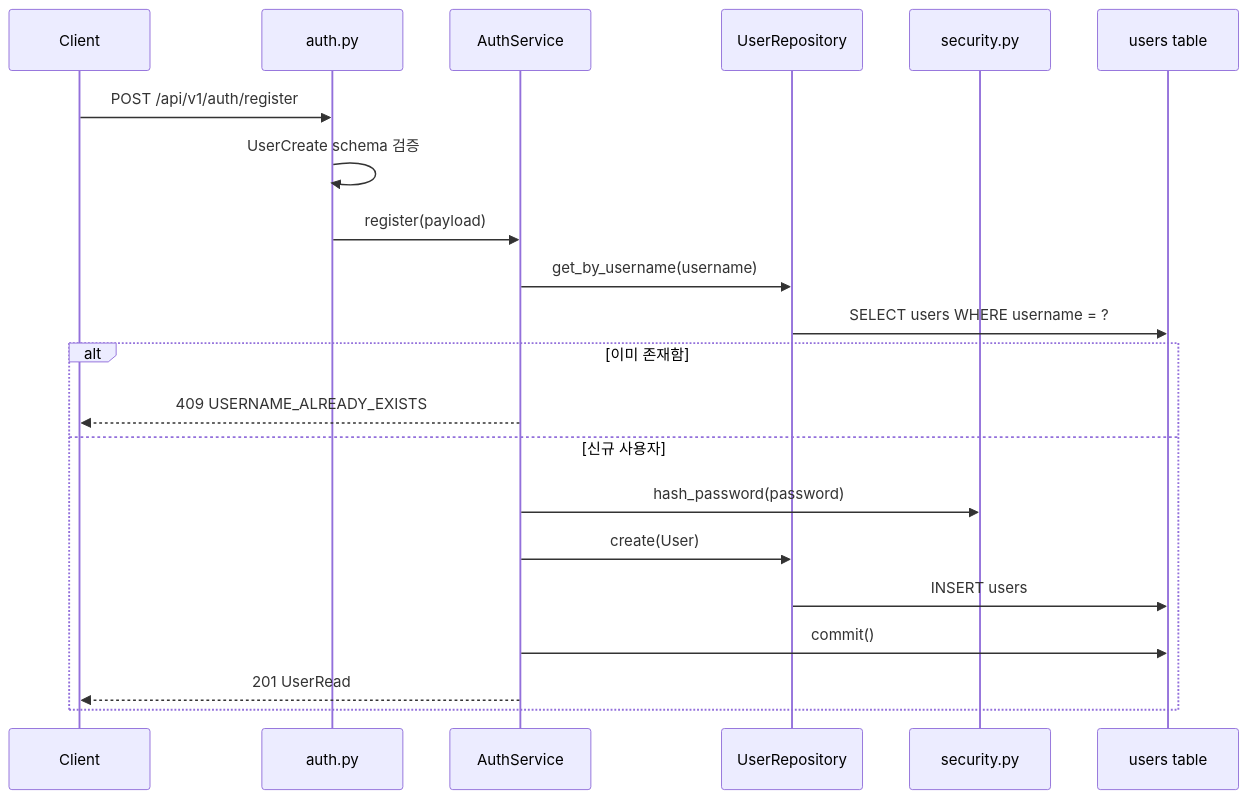
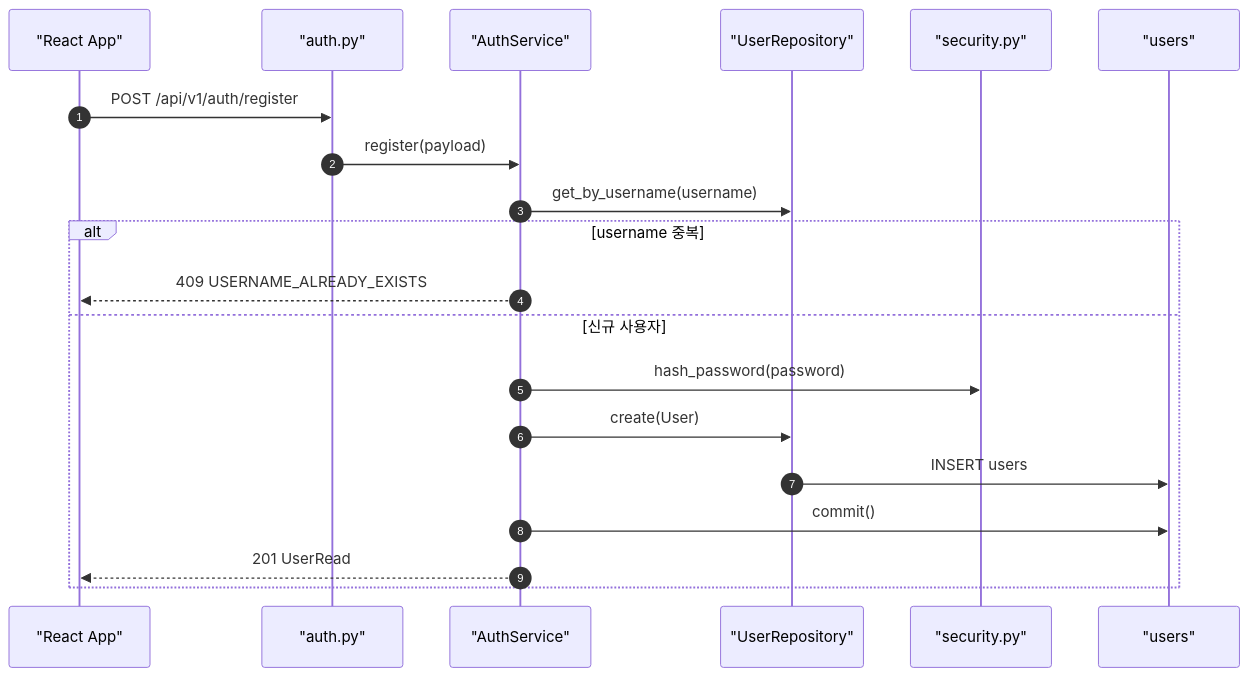
The second of 7 diagrams in docs/sprint-2-execution-flow-guide.md (JUNGLE-TEAM1/W16_team_sprint), drawn with Mermaid before and after one commit. The commit also changed other lines of this file and 21 other files, not shown here.

````diff
--- a/docs/sprint-2-execution-flow-guide.md
+++ b/docs/sprint-2-execution-flow-guide.md
@@ -59,24 +37,23 @@
 ```mermaid
 sequenceDiagram
-    participant Client
-    participant API as auth.py
-    participant Service as AuthService
-    participant Users as UserRepository
-    participant Security as security.py
-    participant DB as users table
+    autonumber
+    participant UI as "React App"
+    participant API as "auth.py"
+    participant Service as "AuthService"
+    participant Users as "UserRepository"
+    participant Security as "security.py"
+    participant DB as "users"
 
-    Client->>API: POST /api/v1/auth/register
-    API->>API: UserCreate schema 검증
+    UI->>API: POST /api/v1/auth/register
     API->>Service: register(payload)
     Service->>Users: get_by_username(username)
-    Users->>DB: SELECT users WHERE username = ?
-    alt 이미 존재함
-        Service-->>Client: 409 USERNAME_ALREADY_EXISTS
+    alt username 중복
+        Service-->>UI: 409 USERNAME_ALREADY_EXISTS
     else 신규 사용자
         Service->>Security: hash_password(password)
         Service->>Users: create(User)
         Users->>DB: INSERT users
         Service->>DB: commit()
-        Service-->>Client: 201 UserRead
+        Service-->>UI: 201 UserRead
     end
 ```
````
